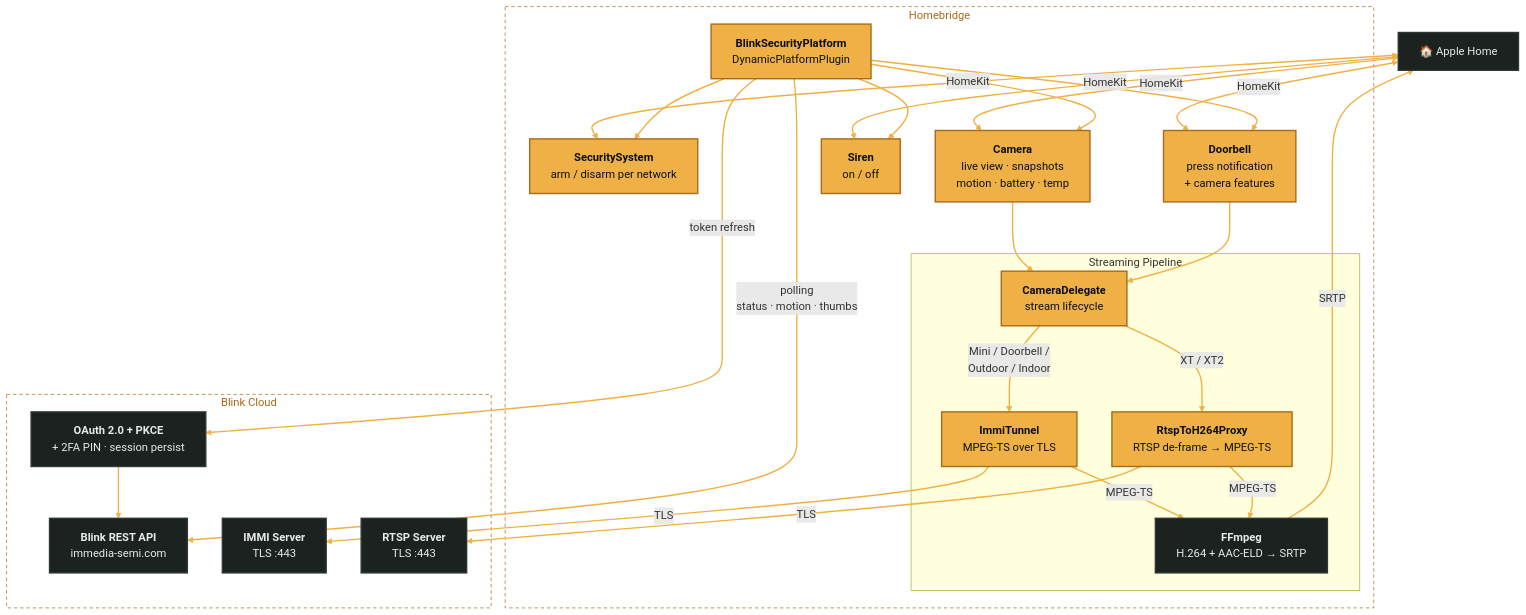
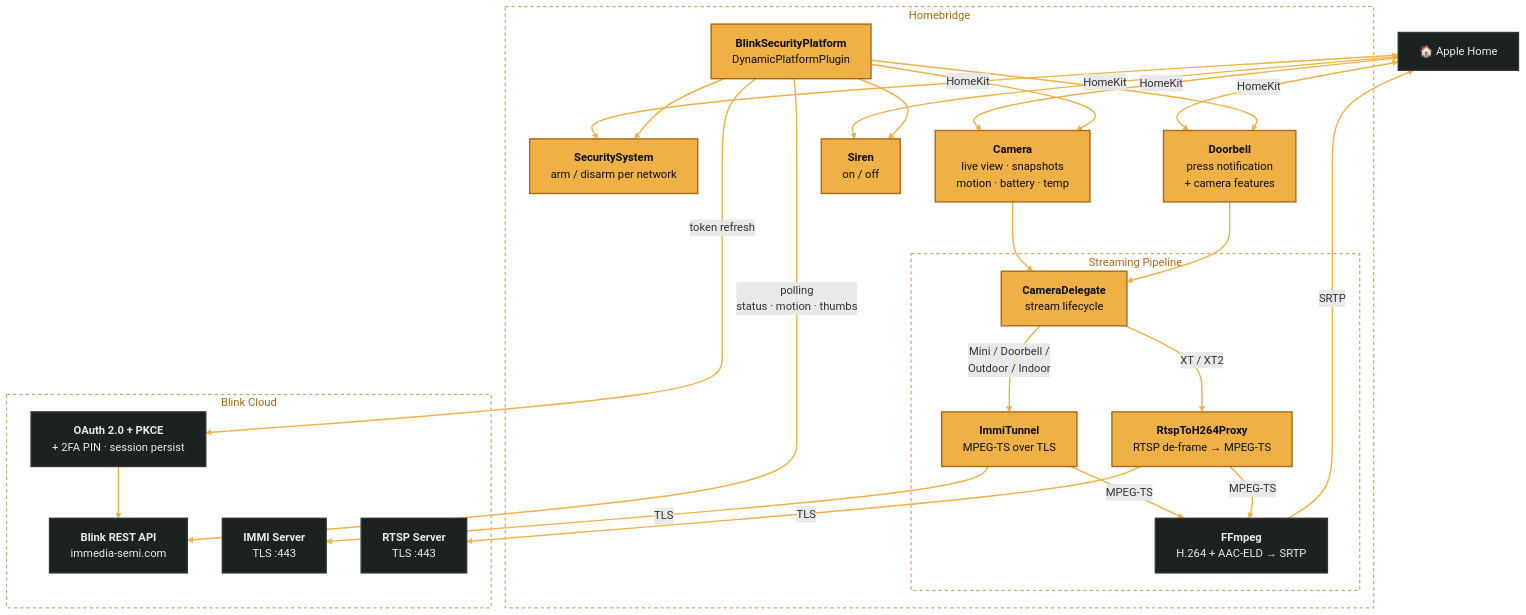
Before and after one commit to BitWise-0x/homebridge-blink-security: the diagram in README.md, drawn with Mermaid.

Commit message:
docs: style the Streaming Pipeline subgraph

````diff
--- a/README.md
+++ b/README.md
@@ -61,50 +61,51 @@
 ```mermaid
 graph TD
     Home["🏠 Apple Home"]
 
     subgraph hb["Homebridge"]
         platform["<b>BlinkSecurityPlatform</b><br>DynamicPlatformPlugin"]
         acc_sec["<b>SecuritySystem</b><br>arm / disarm per network"]
         acc_cam["<b>Camera</b><br>live view · snapshots<br>motion · battery · temp"]
         acc_door["<b>Doorbell</b><br>press notification<br>+ camera features"]
         acc_siren["<b>Siren</b><br>on / off"]
 
-        subgraph Streaming Pipeline
+        subgraph pipe["Streaming Pipeline"]
             delegate["<b>CameraDelegate</b><br>stream lifecycle"]
             immi_proxy["<b>ImmiTunnel</b><br>MPEG-TS over TLS"]
             rtsp_proxy["<b>RtspToH264Proxy</b><br>RTSP de-frame → MPEG-TS"]
             ffmpeg["<b>FFmpeg</b><br>H.264 + AAC-ELD → SRTP"]
         end
     end
 
     subgraph cloud["Blink Cloud"]
         auth["<b>OAuth 2.0 + PKCE</b><br>+ 2FA PIN · session persist"]
         api["<b>Blink REST API</b><br>immedia-semi.com"]
         immi_srv["<b>IMMI Server</b><br>TLS :443"]
         rtsp_srv["<b>RTSP Server</b><br>TLS :443"]
     end
 
     Home <-->|"HomeKit"| acc_sec
     Home <-->|"HomeKit"| acc_cam
     Home <-->|"HomeKit"| acc_door
     Home <-->|"HomeKit"| acc_siren
 
     platform --> acc_sec & acc_cam & acc_door & acc_siren
     platform -->|"polling<br>status · motion · thumbs"| api
     platform -->|"token refresh"| auth
     auth --> api
 
     acc_cam & acc_door --> delegate
     delegate -->|"Mini / Doorbell /<br>Outdoor / Indoor"| immi_proxy
     delegate -->|"XT / XT2"| rtsp_proxy
     immi_proxy -->|"TLS"| immi_srv
     rtsp_proxy -->|"TLS"| rtsp_srv
     immi_proxy & rtsp_proxy -->|"MPEG-TS"| ffmpeg
     ffmpeg -->|"SRTP"| Home
     classDef default fill:#efb146,stroke:#a96a19,stroke-width:2px,color:#0c0f0e
     classDef quiet fill:#1b221f,stroke:#2e3733,stroke-width:2px,color:#e7ece8
     linkStyle default stroke:#efb146,stroke-width:2px
     class Home,ffmpeg,auth,api,immi_srv,rtsp_srv quiet
     style hb fill:transparent,stroke:#a96a19,stroke-width:1px,stroke-dasharray:5 4,color:#a96a19
     style cloud fill:transparent,stroke:#a96a19,stroke-width:1px,stroke-dasharray:5 4,color:#a96a19
+    style pipe fill:transparent,stroke:#a96a19,stroke-width:1px,stroke-dasharray:5 4,color:#a96a19
 ```
````
